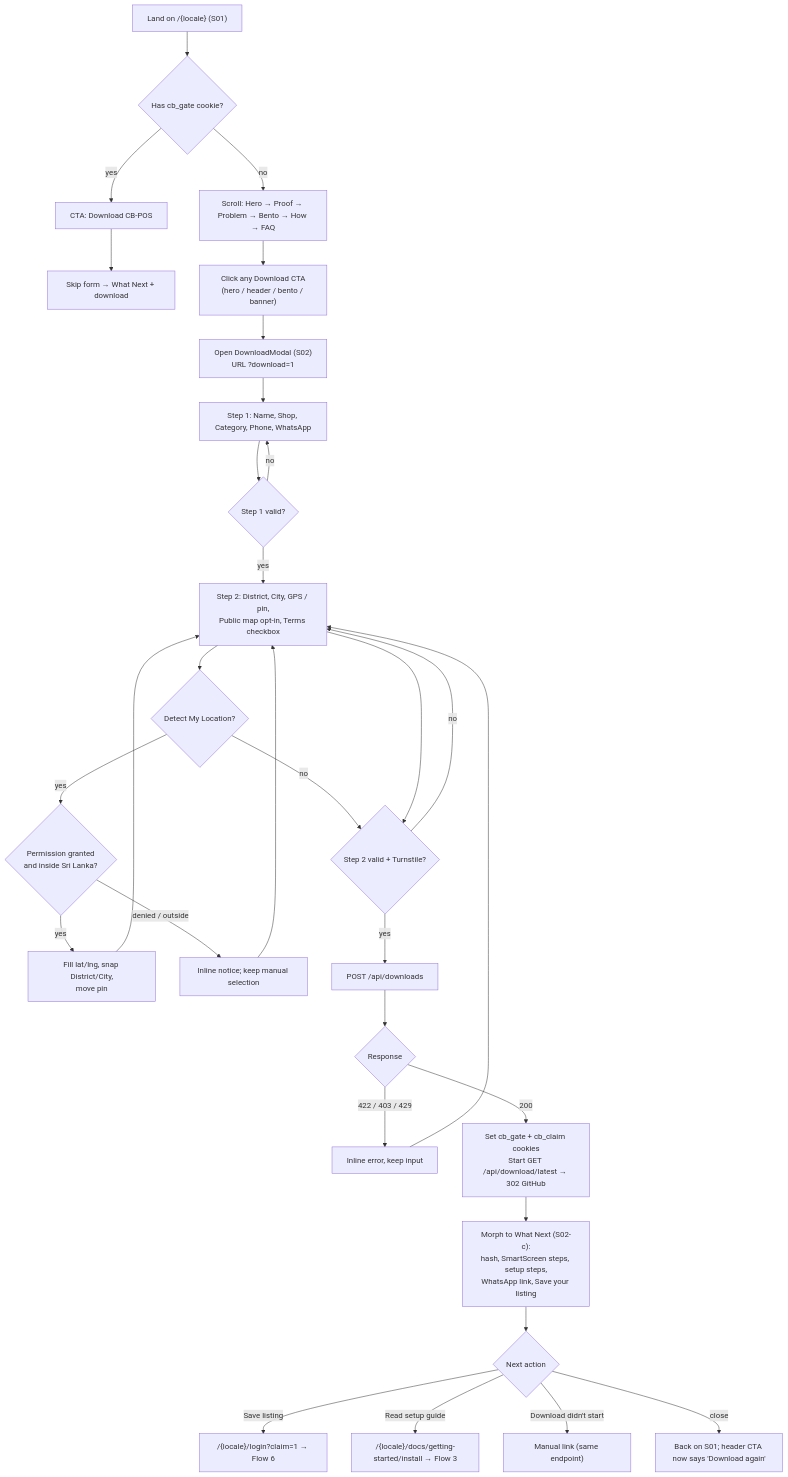
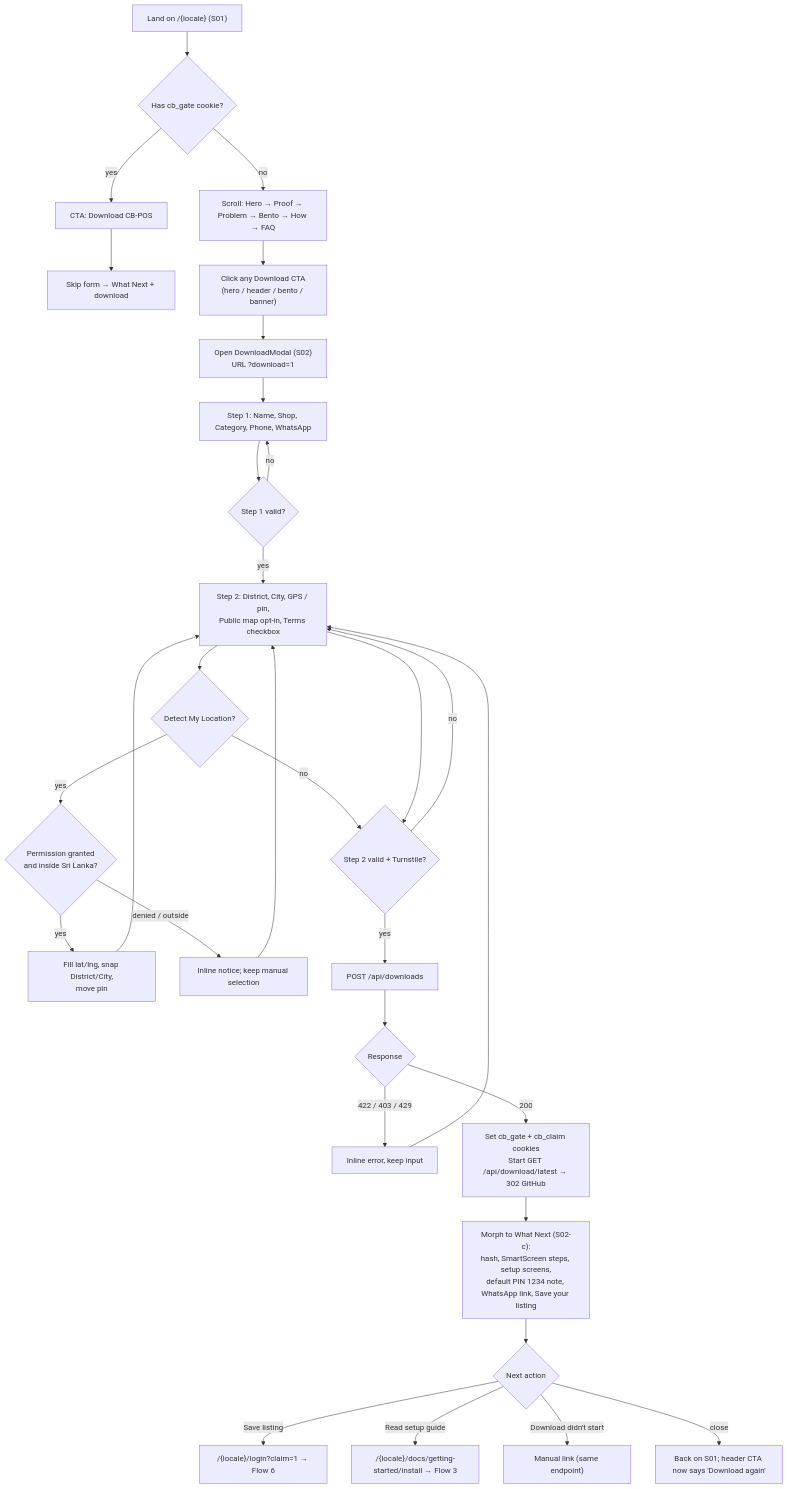
One commit to ceybyte/CeyByte.com changed the first of 7 diagrams in docs/04-APP_FLOW.md. Above: the diagram before and after it, drawn with Mermaid. The commit also changed other lines of this file and 1 other file, not shown here.

First line of the commit message:
docs(schema): match releases to real latest.json, fix flow entry points

````diff
--- a/docs/04-APP_FLOW.md
+++ b/docs/04-APP_FLOW.md
@@ -37,29 +37,29 @@
 ```mermaid
 flowchart TD
   A["Land on /{locale} (S01)"] --> B{"Has cb_gate cookie?"}
   B -- yes --> Q["CTA: Download CB-POS"] --> FAST["Skip form → What Next + download"]
   B -- no --> C["Scroll: Hero → Proof → Problem → Bento → How → FAQ"]
   C --> D["Click any Download CTA<br/>(hero / header / bento / banner)"]
   D --> E["Open DownloadModal (S02)<br/>URL ?download=1"]
   E --> F["Step 1: Name, Shop, Category, Phone, WhatsApp"]
   F --> G{"Step 1 valid?"}
   G -- no --> F
   G -- yes --> H["Step 2: District, City, GPS / pin,<br/>Public map opt-in, Terms checkbox"]
   H --> I{"Detect My Location?"}
   I -- yes --> J{"Permission granted<br/>and inside Sri Lanka?"}
   J -- yes --> K["Fill lat/lng, snap District/City,<br/>move pin"] --> H
   J -- "denied / outside" --> L["Inline notice; keep manual selection"] --> H
   I -- no --> M{"Step 2 valid + Turnstile?"}
   H --> M
   M -- no --> H
   M -- yes --> N["POST /api/downloads"]
   N --> O{"Response"}
   O -- "422 / 403 / 429" --> P["Inline error, keep input"] --> H
   O -- "200" --> R["Set cb_gate + cb_claim cookies<br/>Start GET /api/download/latest → 302 GitHub"]
-  R --> S["Morph to What Next (S02-c):<br/>hash, SmartScreen steps, setup steps,<br/>WhatsApp link, Save your listing"]
+  R --> S["Morph to What Next (S02-c):<br/>hash, SmartScreen steps, setup screens,<br/>default PIN 1234 note, WhatsApp link, Save your listing"]
   S --> T{"Next action"}
   T -- "Save listing" --> U["/{locale}/login?claim=1 → Flow 6"]
   T -- "Read setup guide" --> V["/{locale}/docs/getting-started/install → Flow 3"]
   T -- "Download didn't start" --> W["Manual link (same endpoint)"]
   T -- close --> X["Back on S01; header CTA now says 'Download again'"]
 ```
````
